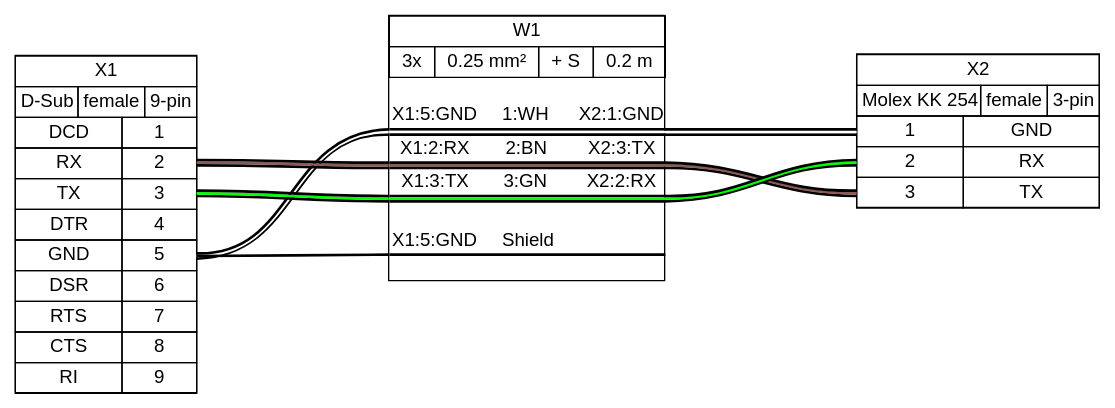
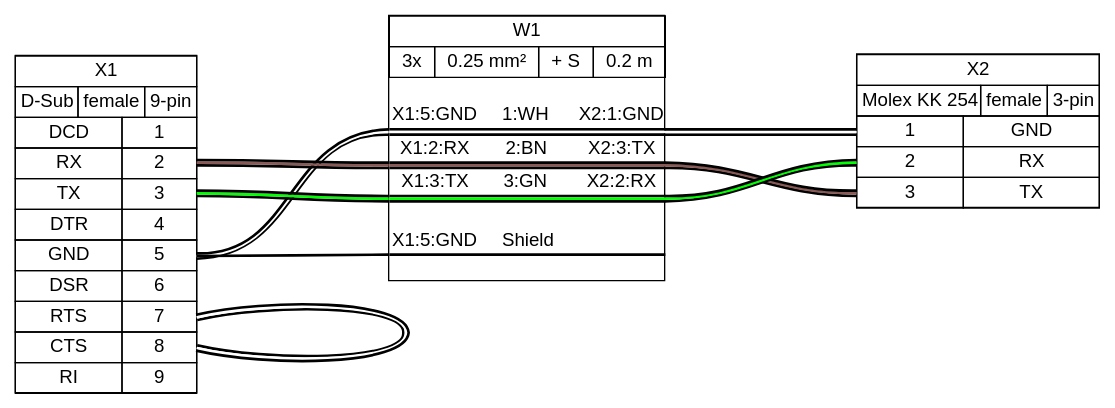
One commit to wireviz/WireViz changed the diagram in examples/demo01.gv. Above: the diagram before and after it, drawn with Graphviz. The commit also changed 4 other files, not shown here.

```diff
--- a/examples/demo01.gv
+++ b/examples/demo01.gv
@@ -1,184 +1,186 @@
 graph {
 // Graph generated by WireViz 0.4-dev
 // https://github.com/formatc1702/WireViz
 	graph [bgcolor="#FFFFFF" fontname=arial nodesep=0.33 rankdir=LR ranksep=2]
 	node [fillcolor="#FFFFFF" fontname=arial height=0 margin=0 shape=none style=filled width=0]
 	edge [fontname=arial style=bold]
 	X1 [label=<
 <table border="0" cellspacing="0" cellpadding="0">
  <tr><td>
   <table border="0" cellspacing="0" cellpadding="3" cellborder="1"><tr>
    <td balign="left">X1</td>
   </tr></table>
  </td></tr>
  <tr><td>
   <table border="0" cellspacing="0" cellpadding="3" cellborder="1"><tr>
    <td balign="left">D-Sub</td>
    <td balign="left">female</td>
    <td balign="left">9-pin</td>
   </tr></table>
  </td></tr>
  <tr><td>
   <table border="0" cellspacing="0" cellpadding="3" cellborder="1">
    <tr>
     <td>DCD</td>
     <td port="p1r">1</td>
    </tr>
    <tr>
     <td>RX</td>
     <td port="p2r">2</td>
    </tr>
    <tr>
     <td>TX</td>
     <td port="p3r">3</td>
    </tr>
    <tr>
     <td>DTR</td>
     <td port="p4r">4</td>
    </tr>
    <tr>
     <td>GND</td>
     <td port="p5r">5</td>
    </tr>
    <tr>
     <td>DSR</td>
     <td port="p6r">6</td>
    </tr>
    <tr>
     <td>RTS</td>
     <td port="p7r">7</td>
    </tr>
    <tr>
     <td>CTS</td>
     <td port="p8r">8</td>
    </tr>
    <tr>
     <td>RI</td>
     <td port="p9r">9</td>
    </tr>
   </table>
  </td></tr>
 </table>
 > fillcolor="#FFFFFF" shape=box style=filled]
+	edge [color="#000000:#ffffff:#000000"]
+	X1:p7r:e -- X1:p8r:e
 	X2 [label=<
 <table border="0" cellspacing="0" cellpadding="0">
  <tr><td>
   <table border="0" cellspacing="0" cellpadding="3" cellborder="1"><tr>
    <td balign="left">X2</td>
   </tr></table>
  </td></tr>
  <tr><td>
   <table border="0" cellspacing="0" cellpadding="3" cellborder="1"><tr>
    <td balign="left">Molex KK 254</td>
    <td balign="left">female</td>
    <td balign="left">3-pin</td>
   </tr></table>
  </td></tr>
  <tr><td>
   <table border="0" cellspacing="0" cellpadding="3" cellborder="1">
    <tr>
     <td port="p1l">1</td>
     <td>GND</td>
    </tr>
    <tr>
     <td port="p2l">2</td>
     <td>RX</td>
    </tr>
    <tr>
     <td port="p3l">3</td>
     <td>TX</td>
    </tr>
   </table>
  </td></tr>
 </table>
 > fillcolor="#FFFFFF" shape=box style=filled]
 	edge [color="#000000:#ffffff:#000000"]
 	X1:p5r:e -- W1:w1:w
 	W1:w1:e -- X2:p1l:w
 	edge [color="#000000:#895956:#000000"]
 	X1:p2r:e -- W1:w2:w
 	W1:w2:e -- X2:p3l:w
 	edge [color="#000000:#00ff00:#000000"]
 	X1:p3r:e -- W1:w3:w
 	W1:w3:e -- X2:p2l:w
 	edge [color="#000000"]
 	X1:p5r:e -- W1:ws:w
 	W1 [label=<
 <table border="0" cellspacing="0" cellpadding="0">
  <tr><td>
   <table border="0" cellspacing="0" cellpadding="3" cellborder="1"><tr>
    <td balign="left">W1</td>
   </tr></table>
  </td></tr>
  <tr><td>
   <table border="0" cellspacing="0" cellpadding="3" cellborder="1"><tr>
    <td balign="left">3x</td>
    <td balign="left">0.25 mm²</td>
    <td balign="left">+ S</td>
    <td balign="left">0.2 m</td>
   </tr></table>
  </td></tr>
  <tr><td>
   <table border="0" cellspacing="0" cellborder="0">
    <tr><td>&nbsp;</td></tr>
    <tr>
     <td>X1:5:GND</td>
     <td>
      1:WH
     </td>
     <td>X2:1:GND</td>
    </tr>
    <tr>
     <td colspan="3" border="0" cellspacing="0" cellpadding="0" port="w1" height="6">
      <table cellspacing="0" cellborder="0" border="0">
       <tr><td colspan="3" cellpadding="0" height="2" bgcolor="#000000" border="0"></td></tr>
       <tr><td colspan="3" cellpadding="0" height="2" bgcolor="#ffffff" border="0"></td></tr>
       <tr><td colspan="3" cellpadding="0" height="2" bgcolor="#000000" border="0"></td></tr>
      </table>
     </td>
    </tr>
    <tr>
     <td>X1:2:RX</td>
     <td>
      2:BN
     </td>
     <td>X2:3:TX</td>
    </tr>
    <tr>
     <td colspan="3" border="0" cellspacing="0" cellpadding="0" port="w2" height="6">
      <table cellspacing="0" cellborder="0" border="0">
       <tr><td colspan="3" cellpadding="0" height="2" bgcolor="#000000" border="0"></td></tr>
       <tr><td colspan="3" cellpadding="0" height="2" bgcolor="#895956" border="0"></td></tr>
       <tr><td colspan="3" cellpadding="0" height="2" bgcolor="#000000" border="0"></td></tr>
      </table>
     </td>
    </tr>
    <tr>
     <td>X1:3:TX</td>
     <td>
      3:GN
     </td>
     <td>X2:2:RX</td>
    </tr>
    <tr>
     <td colspan="3" border="0" cellspacing="0" cellpadding="0" port="w3" height="6">
      <table cellspacing="0" cellborder="0" border="0">
       <tr><td colspan="3" cellpadding="0" height="2" bgcolor="#000000" border="0"></td></tr>
       <tr><td colspan="3" cellpadding="0" height="2" bgcolor="#00ff00" border="0"></td></tr>
       <tr><td colspan="3" cellpadding="0" height="2" bgcolor="#000000" border="0"></td></tr>
      </table>
     </td>
    </tr>
    <tr><td>&nbsp;</td></tr>
    <tr>
     <td>X1:5:GND</td>
     <td>Shield</td>
     <td><!-- s_out --></td>
    </tr>
    <tr><td colspan="3" cellpadding="0" height="2" bgcolor="#000000" border="0" port="ws"></td></tr>
    <tr><td>&nbsp;</td></tr>
   </table>
  </td></tr>
 </table>
 > fillcolor="#FFFFFF" shape=box style=filled]
 }
```
